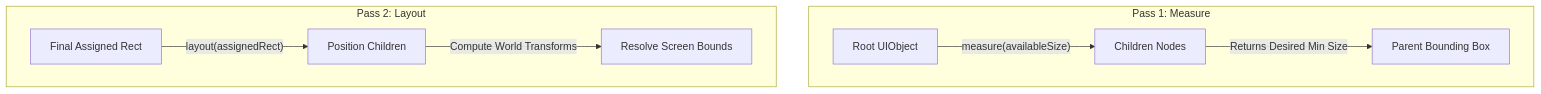
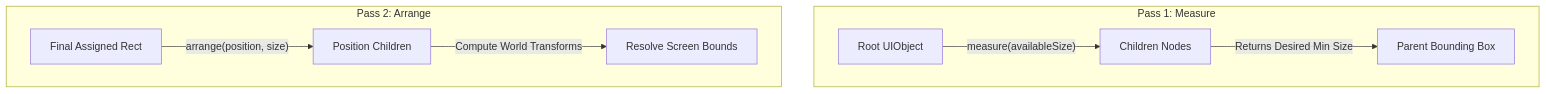
The first of 2 diagrams in docs/architecture/ui_framework.md (swdhahn/bird-engine), drawn with Mermaid before and after one commit. The commit also changed other lines of this file and 2 other files, not shown here.

````diff
--- a/docs/architecture/ui_framework.md
+++ b/docs/architecture/ui_framework.md
@@ -19,12 +20,12 @@
 ```mermaid
 flowchart TD
     subgraph Pass 1: Measure
         Root["Root UIObject"] -->|"measure(availableSize)"| Children1["Children Nodes"]
         Children1 -->|"Returns Desired Min Size"| Parent1["Parent Bounding Box"]
     end
 
-    subgraph Pass 2: Layout
-        Parent2["Final Assigned Rect"] -->|"layout(assignedRect)"| Children2["Position Children"]
+    subgraph Pass 2: Arrange
+        Parent2["Final Assigned Rect"] -->|"arrange(position, size)"| Children2["Position Children"]
         Children2 -->|"Compute World Transforms"| Geometry["Resolve Screen Bounds"]
     end
 ```
````
